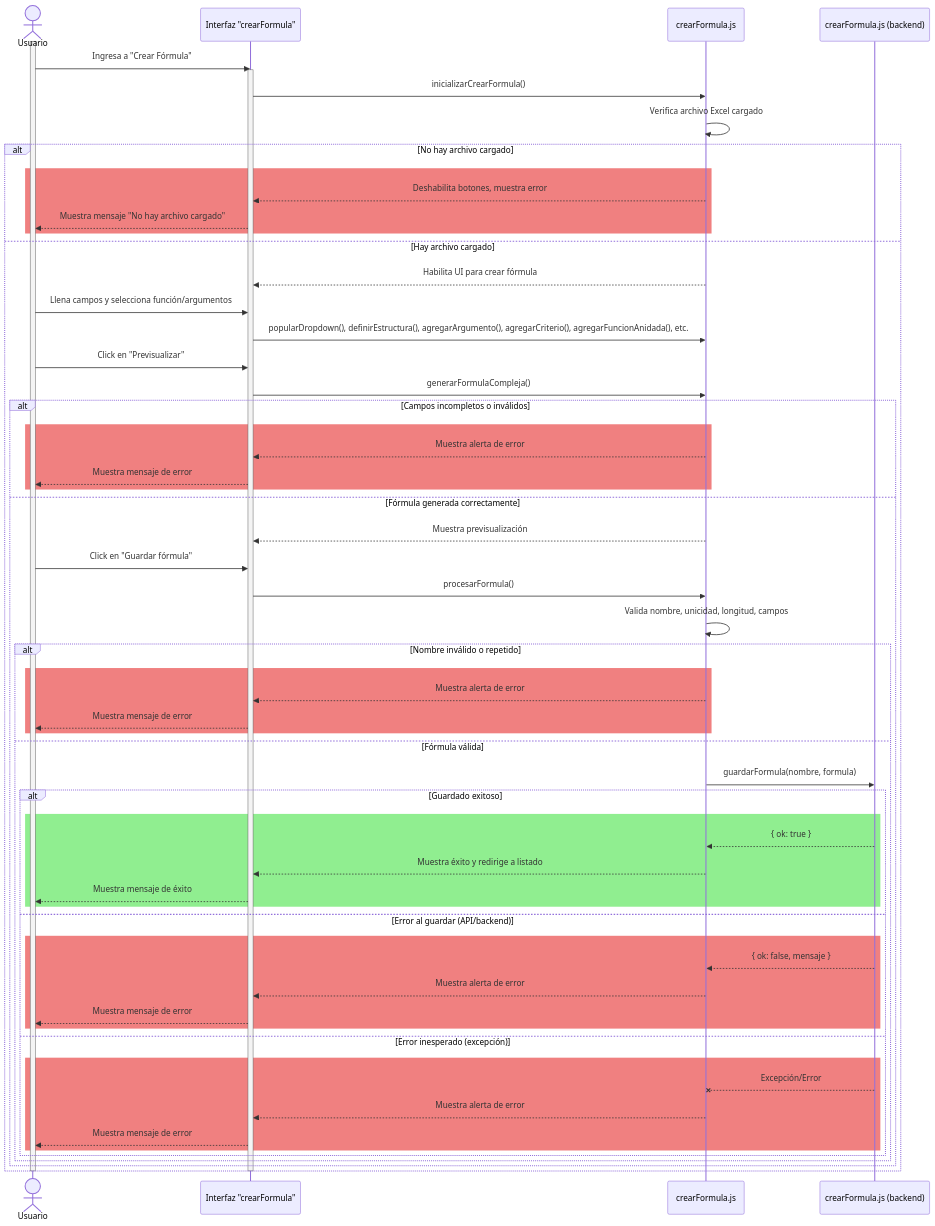
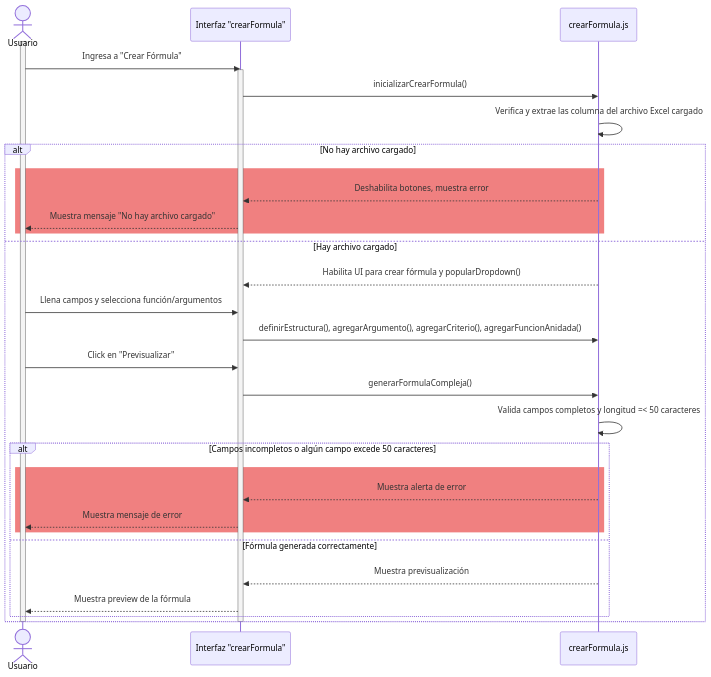
The diagram in documentation/docs/proyectos/tractores/documentacion/requisitos/RF24.md (CodeAnd-Co/Documentacion), drawn with Mermaid before and after one commit. The commit also changed other lines of this file and 2 other files, not shown here.

````diff
--- a/documentation/docs/proyectos/tractores/documentacion/requisitos/RF24.md
+++ b/documentation/docs/proyectos/tractores/documentacion/requisitos/RF24.md
@@ -26,65 +27,36 @@
 ```mermaid
 sequenceDiagram
     actor Usuario
     participant vistaCrear as Interfaz "crearFormula"
     participant utilCrear as crearFormula.js
-    participant backend as crearFormula.js (backend)
 
     activate Usuario
     Usuario->>vistaCrear: Ingresa a "Crear Fórmula"
     activate vistaCrear
     vistaCrear->>utilCrear: inicializarCrearFormula()
-    utilCrear->>utilCrear: Verifica archivo Excel cargado
+    utilCrear->>utilCrear: Verifica y extrae las columna del archivo Excel cargado
     alt No hay archivo cargado
         rect Lightcoral
         utilCrear-->>vistaCrear: Deshabilita botones, muestra error
         vistaCrear-->>Usuario: Muestra mensaje "No hay archivo cargado"
-          end
+    end
     else Hay archivo cargado
-        utilCrear-->>vistaCrear: Habilita UI para crear fórmula
+        utilCrear-->>vistaCrear: Habilita UI para crear fórmula y popularDropdown()
         Usuario->>vistaCrear: Llena campos y selecciona función/argumentos
-        vistaCrear->>utilCrear: popularDropdown(), definirEstructura(), agregarArgumento(), agregarCriterio(), agregarFuncionAnidada(), etc.
+        vistaCrear->>utilCrear: definirEstructura(), agregarArgumento(), agregarCriterio(), agregarFuncionAnidada()
         Usuario->>vistaCrear: Click en "Previsualizar"
         vistaCrear->>utilCrear: generarFormulaCompleja()
-        alt Campos incompletos o inválidos
+        utilCrear->>utilCrear: Valida campos completos y  longitud =< 50 caracteres
+        alt Campos incompletos o algún campo excede 50 caracteres
             rect Lightcoral
             utilCrear-->>vistaCrear: Muestra alerta de error
             vistaCrear-->>Usuario: Muestra mensaje de error
-            end
+        end
         else Fórmula generada correctamente
             utilCrear-->>vistaCrear: Muestra previsualización
-            Usuario->>vistaCrear: Click en "Guardar fórmula"
-            vistaCrear->>utilCrear: procesarFormula()
-            utilCrear->>utilCrear: Valida nombre, unicidad, longitud, campos
-            alt Nombre inválido o repetido
-                rect Lightcoral
-                utilCrear-->>vistaCrear: Muestra alerta de error
-                vistaCrear-->>Usuario: Muestra mensaje de error
-                end
-            else Fórmula válida
-                utilCrear->>backend: guardarFormula(nombre, formula)
-                alt Guardado exitoso
-                    rect Lightgreen
-                    backend-->>utilCrear: { ok: true }
-                    utilCrear-->>vistaCrear: Muestra éxito y redirige a listado
-                    vistaCrear-->>Usuario: Muestra mensaje de éxito
-                    end
-                else Error al guardar (API/backend)
-                    rect Lightcoral
-                    backend-->>utilCrear: { ok: false, mensaje }
-                    utilCrear-->>vistaCrear: Muestra alerta de error
-                    vistaCrear-->>Usuario: Muestra mensaje de error
-                    end
-                else Error inesperado (excepción)
-                    rect Lightcoral
-                    backend--x utilCrear: Excepción/Error
-                    utilCrear-->>vistaCrear: Muestra alerta de error
-                    vistaCrear-->>Usuario: Muestra mensaje de error
-                    end
-                end
-            end
+            vistaCrear-->>Usuario: Muestra preview de la fórmula
         end
     end
     deactivate vistaCrear
     deactivate Usuario
 ```
````
